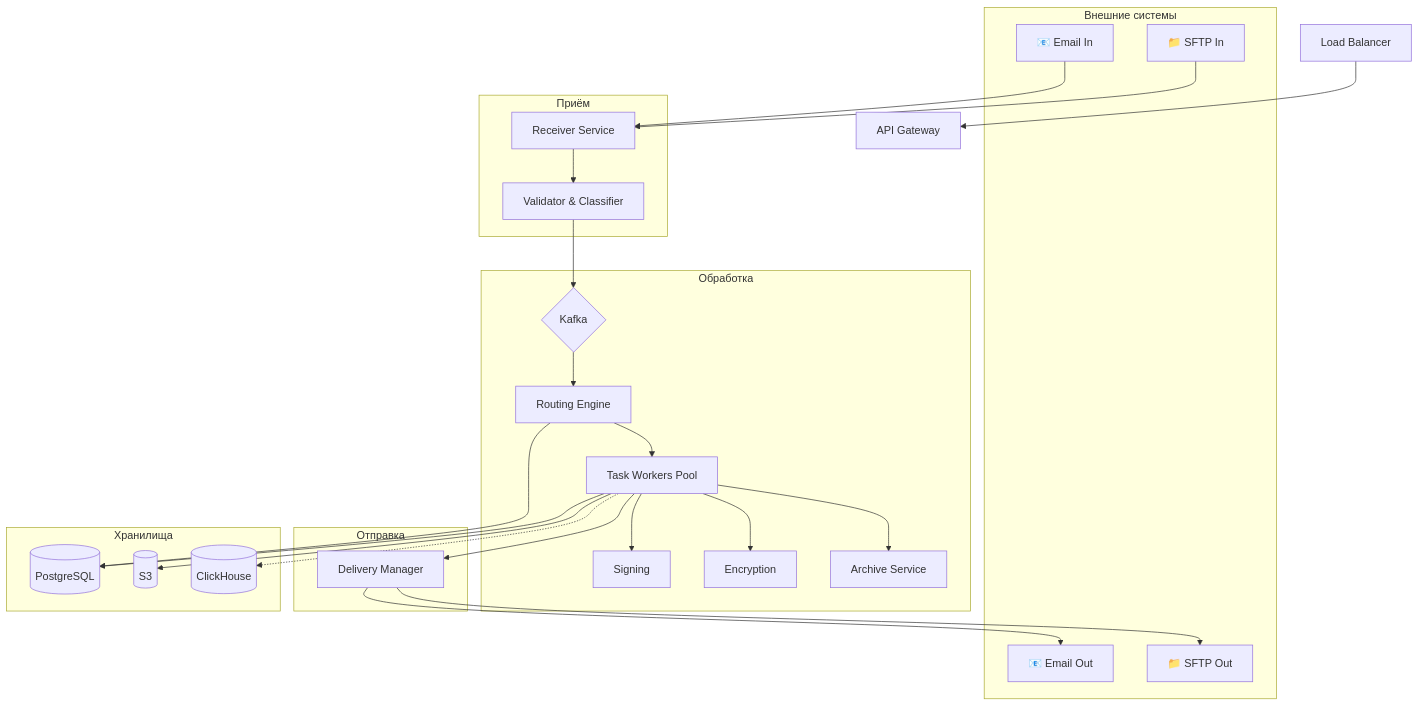
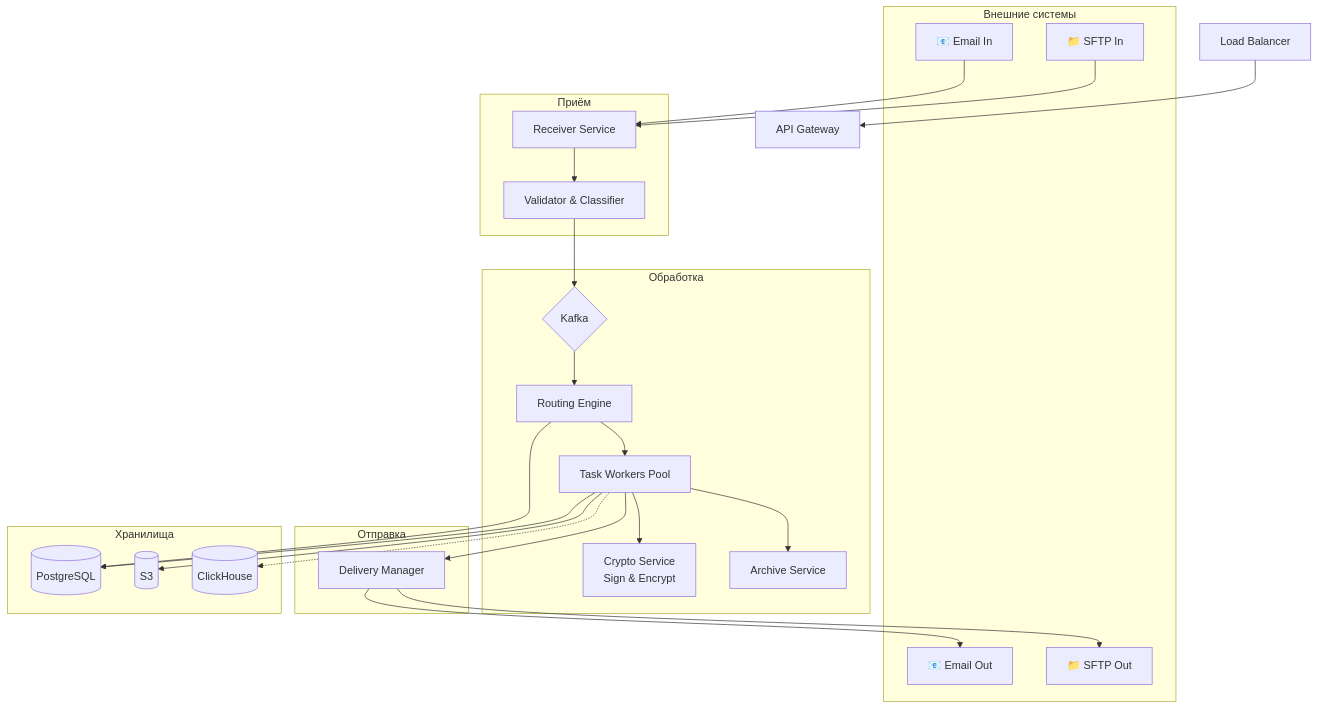
Before and after one commit to AlexanderScheqolev/DS_DDF: the third of 6 diagrams in dev-solution-documents.md, drawn with Mermaid. The commit also changed other lines of this file, not shown here.

````diff
--- a/dev-solution-documents.md
+++ b/dev-solution-documents.md
@@ -340,43 +340,42 @@
 ```mermaid
 graph TB
     subgraph "Внешние системы"
         EmailIn[📧 Email In]
         SFTPIn[📁 SFTP In]
         EmailOut[📧 Email Out]
         SFTPOut[📁 SFTP Out]
     end
 
     LB[Load Balancer] --> API[API Gateway]
     
     subgraph "Приём"
         EmailIn --> Receiver[Receiver Service]
         SFTPIn --> Receiver
         Receiver --> Validator[Validator & Classifier]
     end
 
     Validator --> Kafka{Kafka}
     
     subgraph "Обработка"
         Kafka --> RouteEngine[Routing Engine]
         RouteEngine --> Workers[Task Workers Pool]
-        Workers --> Sign[Signing]
-        Workers --> Encrypt[Encryption]
+        Workers --> Crypto[Crypto Service<br/>Sign & Encrypt]
         Workers --> Archive[Archive Service]
     end
 
     subgraph "Отправка"
         Workers --> Delivery[Delivery Manager]
         Delivery --> EmailOut
         Delivery --> SFTPOut
     end
 
     subgraph "Хранилища"
         DB[(PostgreSQL)]
         Storage[(S3)]
         Analytics[(ClickHouse)]
     end
 
     RouteEngine --> DB
     Workers --> DB & Storage
     Workers -.-> Analytics
 ```
````
